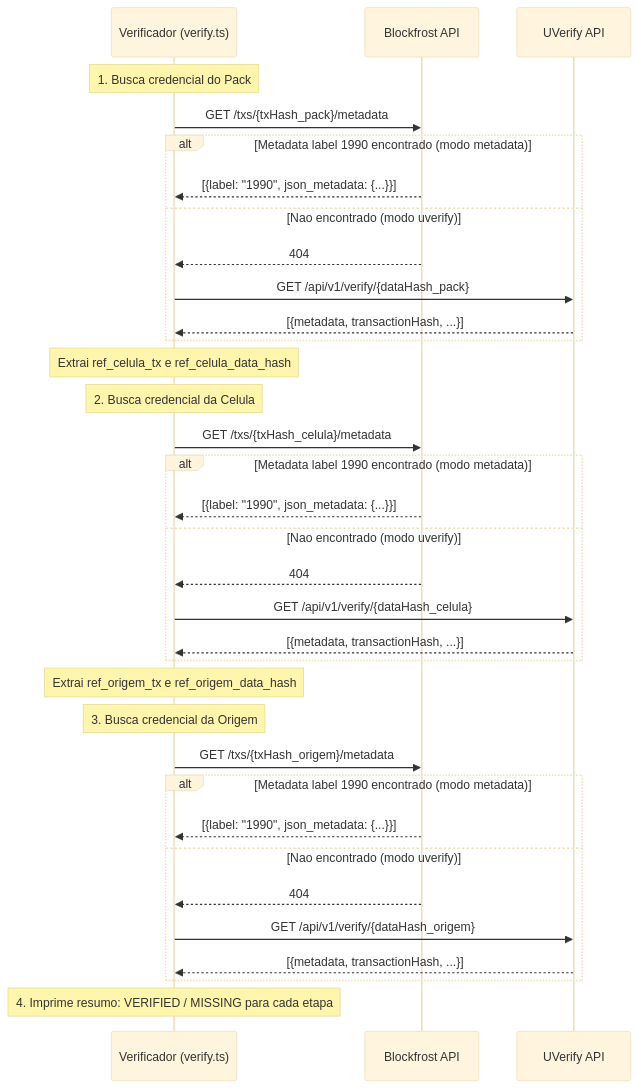
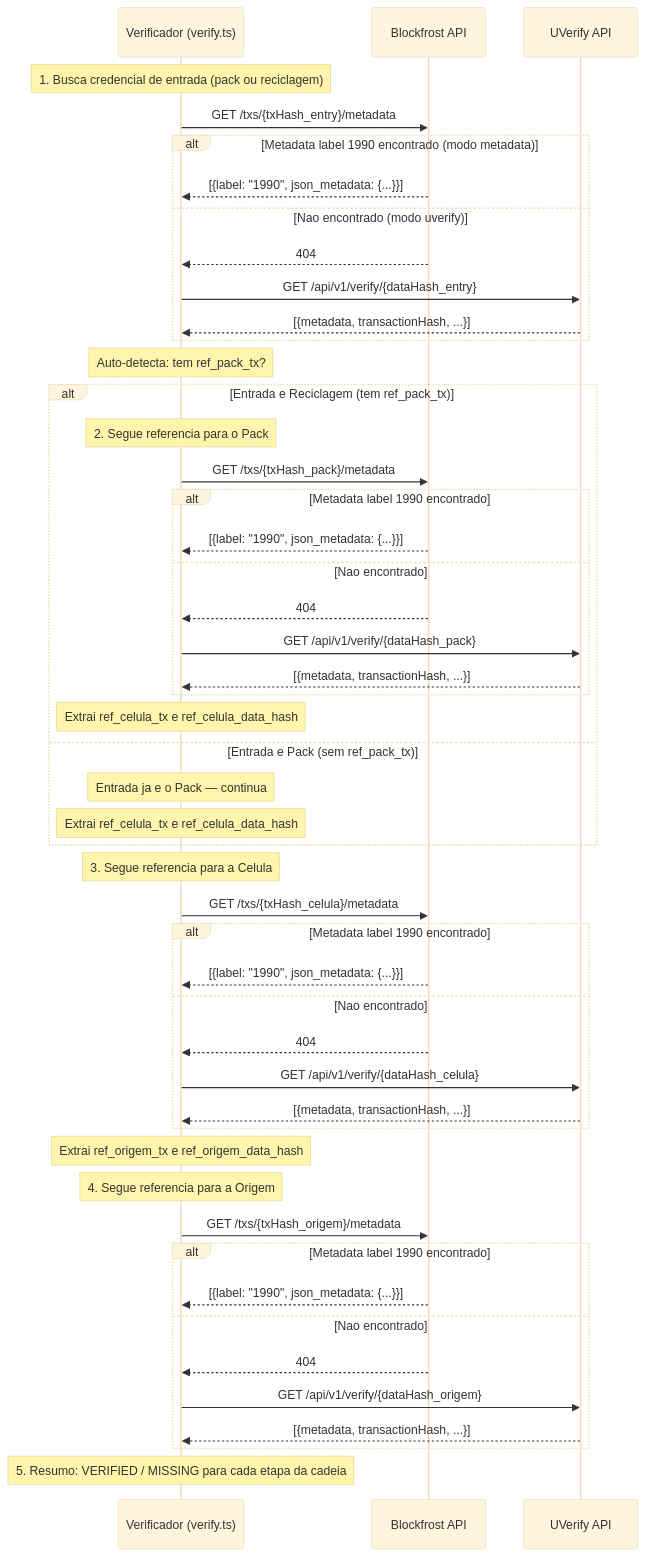
The fourth of 6 diagrams in arquitetura-dpp.md (darlisagc/cardano-dpp-passaport), drawn with Mermaid (base theme) before and after one commit.

Commit message:
Add reciclagem auto-detection to verifier sequence diagram
The diagram now starts with a generic entry (pack or reciclagem),
shows the auto-detection step (checks for ref_pack_tx), and branches:
reciclagem follows the reference to pack first, then continues the
chain walk to celula and origem.

````diff
--- a/arquitetura-dpp.md
+++ b/arquitetura-dpp.md
@@ -284,45 +284,63 @@
 ```mermaid
 sequenceDiagram
     participant V as Verificador (verify.ts)
     participant B as Blockfrost API
     participant U as UVerify API
 
-    Note over V: 1. Busca credencial do Pack
+    Note over V: 1. Busca credencial de entrada (pack ou reciclagem)
 
-    V->>B: GET /txs/{txHash_pack}/metadata
+    V->>B: GET /txs/{txHash_entry}/metadata
     alt Metadata label 1990 encontrado (modo metadata)
         B-->>V: [{label: "1990", json_metadata: {...}}]
     else Nao encontrado (modo uverify)
         B-->>V: 404
-        V->>U: GET /api/v1/verify/{dataHash_pack}
+        V->>U: GET /api/v1/verify/{dataHash_entry}
         U-->>V: [{metadata, transactionHash, ...}]
     end
 
-    Note over V: Extrai ref_celula_tx e ref_celula_data_hash
+    Note over V: Auto-detecta: tem ref_pack_tx?
 
-    Note over V: 2. Busca credencial da Celula
+    alt Entrada e Reciclagem (tem ref_pack_tx)
+        Note over V: 2. Segue referencia para o Pack
+
+        V->>B: GET /txs/{txHash_pack}/metadata
+        alt Metadata label 1990 encontrado
+            B-->>V: [{label: "1990", json_metadata: {...}}]
+        else Nao encontrado
+            B-->>V: 404
+            V->>U: GET /api/v1/verify/{dataHash_pack}
+            U-->>V: [{metadata, transactionHash, ...}]
+        end
+
+        Note over V: Extrai ref_celula_tx e ref_celula_data_hash
+    else Entrada e Pack (sem ref_pack_tx)
+        Note over V: Entrada ja e o Pack — continua
+        Note over V: Extrai ref_celula_tx e ref_celula_data_hash
+    end
+
+    Note over V: 3. Segue referencia para a Celula
 
     V->>B: GET /txs/{txHash_celula}/metadata
-    alt Metadata label 1990 encontrado (modo metadata)
+    alt Metadata label 1990 encontrado
         B-->>V: [{label: "1990", json_metadata: {...}}]
-    else Nao encontrado (modo uverify)
+    else Nao encontrado
         B-->>V: 404
         V->>U: GET /api/v1/verify/{dataHash_celula}
         U-->>V: [{metadata, transactionHash, ...}]
     end
 
     Note over V: Extrai ref_origem_tx e ref_origem_data_hash
 
-    Note over V: 3. Busca credencial da Origem
+    Note over V: 4. Segue referencia para a Origem
 
     V->>B: GET /txs/{txHash_origem}/metadata
-    alt Metadata label 1990 encontrado (modo metadata)
+    alt Metadata label 1990 encontrado
         B-->>V: [{label: "1990", json_metadata: {...}}]
-    else Nao encontrado (modo uverify)
+    else Nao encontrado
         B-->>V: 404
         V->>U: GET /api/v1/verify/{dataHash_origem}
         U-->>V: [{metadata, transactionHash, ...}]
     end
 
-    Note over V: 4. Imprime resumo: VERIFIED / MISSING para cada etapa
+    Note over V: 5. Resumo: VERIFIED / MISSING para cada etapa da cadeia
 ```
````
